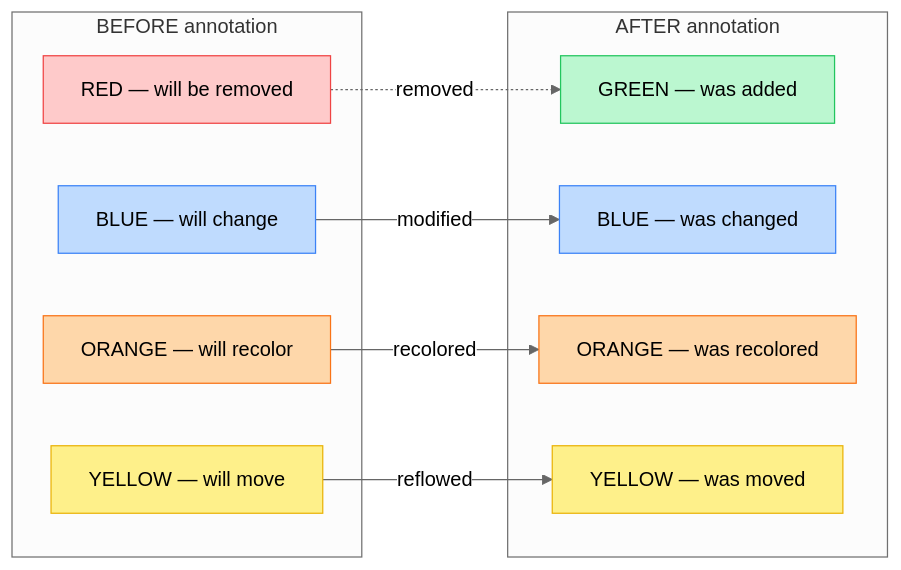
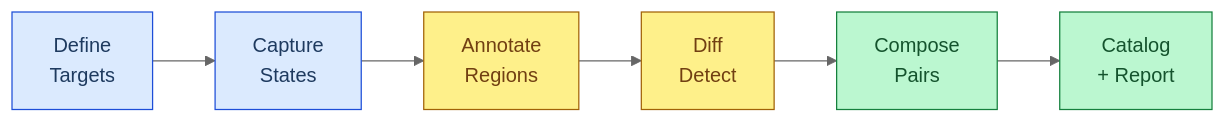
Before and after one commit to TextureHQ/commongrid: the first of 3 diagrams in docs/visual-regression-system.md, drawn with Mermaid (neutral theme). The commit also changed other lines of this file and 3 other files, not shown here.

Commit message:
docs: rewrite visual regression system as as-built reference with mermaid diagrams

````diff
--- a/docs/visual-regression-system.md
+++ b/docs/visual-regression-system.md
@@ -238,30 +28,15 @@
 ```mermaid
 graph LR
-    subgraph "BEFORE annotation"
-        R[RED — will be removed]
-        B1[BLUE — will change]
-        O1[ORANGE — will recolor]
-        Y1[YELLOW — will move]
-    end
+    A[Define<br>Targets] --> B[Capture<br>States]
+    B --> C[Annotate<br>Regions]
+    C --> D[Diff<br>Detect]
+    D --> E[Compose<br>Pairs]
+    E --> F[Catalog<br>+ Report]
 
-    subgraph "AFTER annotation"
-        G[GREEN — was added]
-        B2[BLUE — was changed]
-        O2[ORANGE — was recolored]
-        Y2[YELLOW — was moved]
-    end
-
-    R -.->|"removed"| G
-    B1 -->|"modified"| B2
-    O1 -->|"recolored"| O2
-    Y1 -->|"reflowed"| Y2
-
-    style R fill:#fecaca,stroke:#ef4444
-    style G fill:#bbf7d0,stroke:#22c55e
-    style B1 fill:#bfdbfe,stroke:#3b82f6
-    style B2 fill:#bfdbfe,stroke:#3b82f6
-    style O1 fill:#fed7aa,stroke:#f97316
-    style O2 fill:#fed7aa,stroke:#f97316
-    style Y1 fill:#fef08a,stroke:#eab308
-    style Y2 fill:#fef08a,stroke:#eab308
+    style A fill:#dbeafe,stroke:#1d4ed8,color:#1e3a5f
+    style B fill:#dbeafe,stroke:#1d4ed8,color:#1e3a5f
+    style C fill:#fef08a,stroke:#a16207,color:#713f12
+    style D fill:#fef08a,stroke:#a16207,color:#713f12
+    style E fill:#bbf7d0,stroke:#15803d,color:#14532d
+    style F fill:#bbf7d0,stroke:#15803d,color:#14532d
 ```
````
